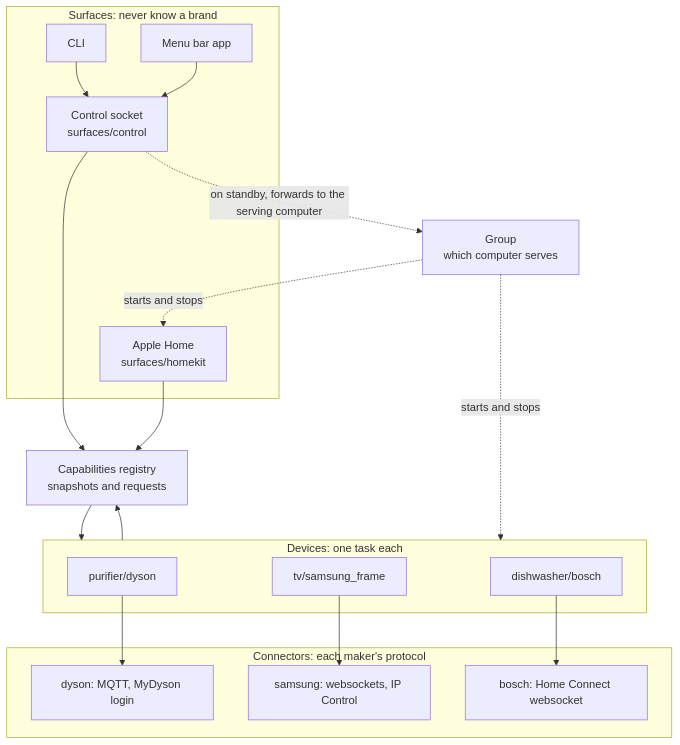
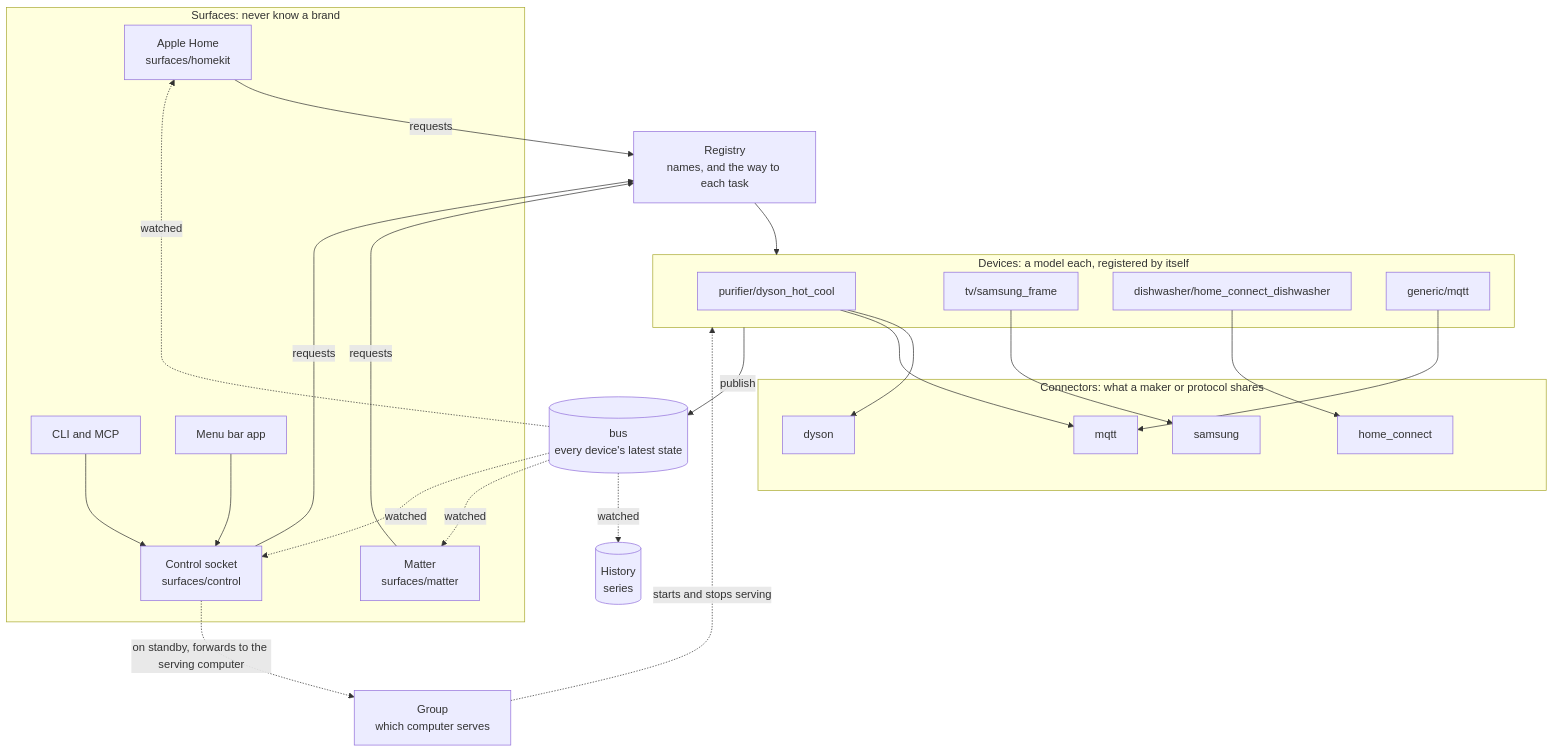
Before and after one commit to WeixuanZ/hearth: the first of 5 diagrams in README.md, drawn with Mermaid. The commit also changed other lines of this file and 31 other files, not shown here.

````diff
--- a/README.md
+++ b/README.md
@@ -195,34 +195,45 @@
 ```mermaid
 flowchart TB
   subgraph surfaces [Surfaces: never know a brand]
     homekit[Apple Home<br/>surfaces/homekit]
+    matter[Matter<br/>surfaces/matter]
     socket[Control socket<br/>surfaces/control]
-    cli[CLI]
+    cli[CLI and MCP]
     bar[Menu bar app]
   end
-  registry[Capabilities registry<br/>snapshots and requests]
-  subgraph devices [Devices: one task each]
-    purifier[purifier/dyson]
+  bus[(bus<br/>every device's latest state)]
+  registry[Registry<br/>names, and the way to each task]
+  history[(History<br/>series)]
+  subgraph devices [Devices: a model each, registered by itself]
+    purifier[purifier/dyson_hot_cool]
     tv[tv/samsung_frame]
-    dishwasher[dishwasher/bosch]
+    dishwasher[dishwasher/home_connect_dishwasher]
+    mqttdev[generic/mqtt]
   end
-  subgraph connectors [Connectors: each maker's protocol]
-    dyson[dyson: MQTT, MyDyson login]
-    samsung[samsung: websockets, IP Control]
-    bosch[bosch: Home Connect websocket]
+  subgraph connectors [Connectors: what a maker or protocol shares]
+    dyson[dyson]
+    samsung[samsung]
+    hc[home_connect]
+    mqtt[mqtt]
   end
   group[Group<br/>which computer serves]
 
   cli --> socket
   bar --> socket
-  socket --> registry
-  homekit --> registry
+  socket -- requests --> registry
+  homekit -- requests --> registry
+  matter -- requests --> registry
   registry --> devices
-  devices --> registry
+  devices -- publish --> bus
+  bus -. watched .-> homekit
+  bus -. watched .-> matter
+  bus -. watched .-> socket
+  bus -. watched .-> history
   purifier --> dyson
+  purifier --> mqtt
   tv --> samsung
-  dishwasher --> bosch
-  group -. starts and stops .-> homekit
-  group -. starts and stops .-> devices
+  dishwasher --> hc
+  mqttdev --> mqtt
+  group -. starts and stops serving .-> devices
   socket -. on standby, forwards to the serving computer .-> group
 ```
````
